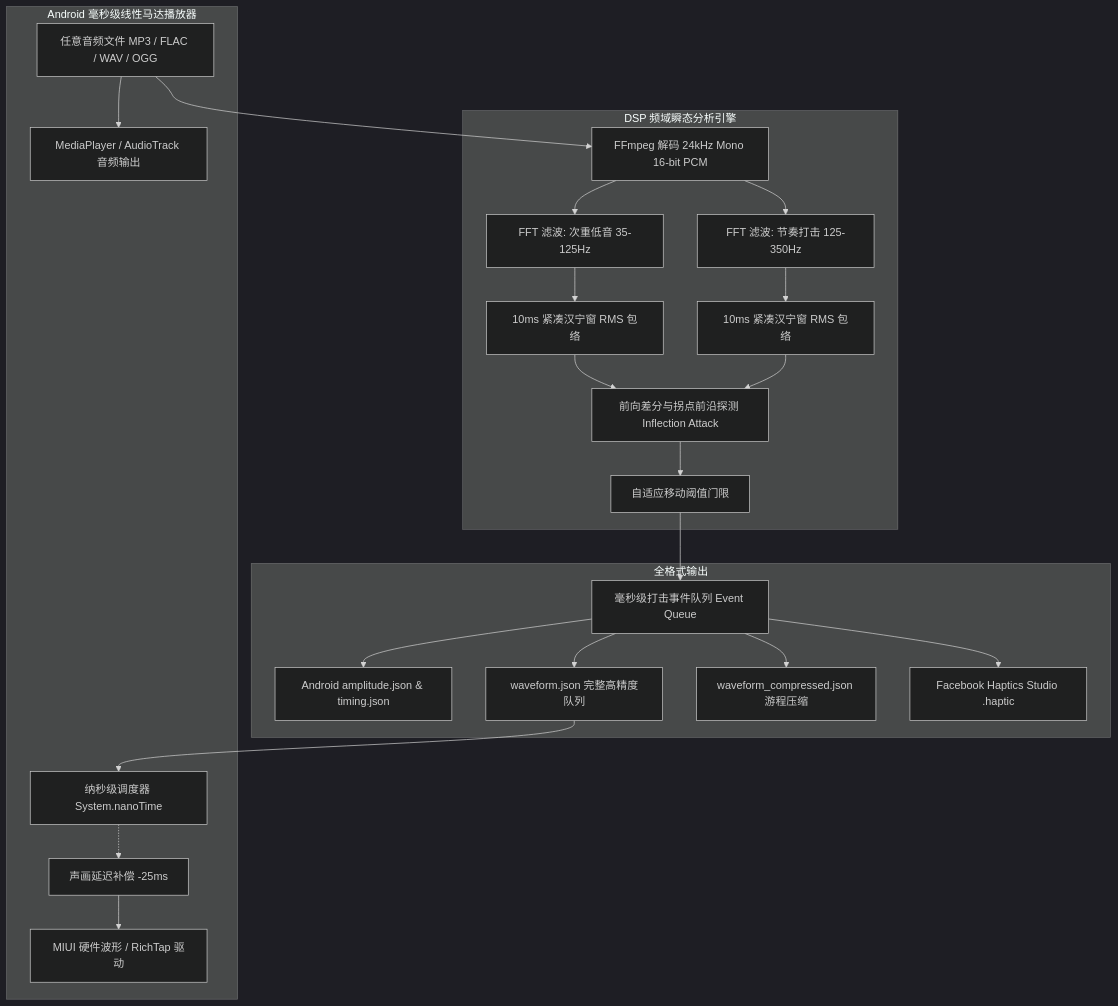
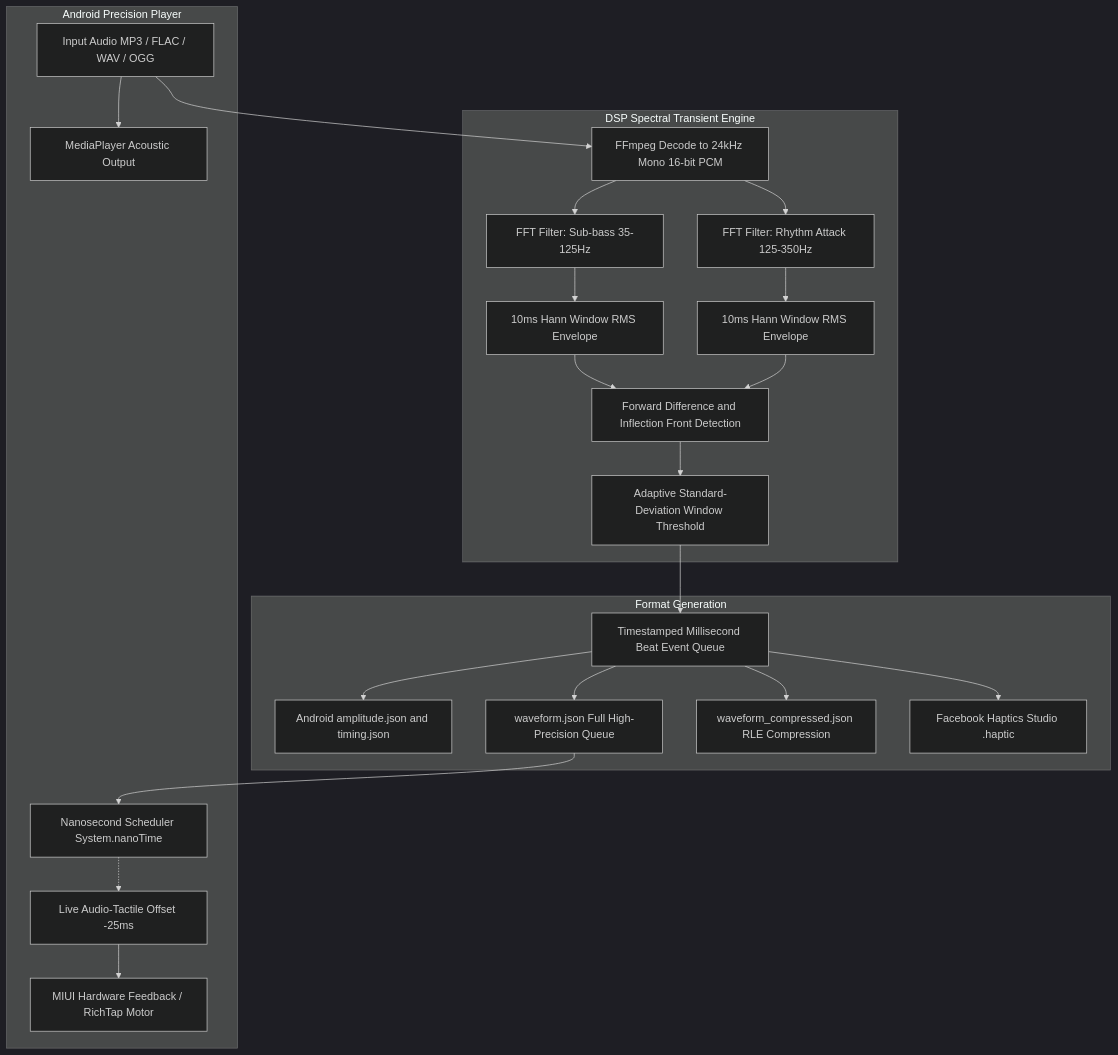
Before and after one commit to mgyanik/Audio-to-MIUIHaptic: the diagram in README.md, drawn with Mermaid (dark theme). The commit also changed other lines of this file and 1 other file, not shown here.

````diff
--- a/README.md
+++ b/README.md
@@ -39,30 +47,30 @@
 ```mermaid
 flowchart TD
-    Audio[任意音频文件 MP3 / FLAC / WAV / OGG] --> FFmpeg[FFmpeg 解码 24kHz Mono 16-bit PCM]
+    Audio[Input Audio MP3 / FLAC / WAV / OGG] --> FFmpeg[FFmpeg Decode to 24kHz Mono 16-bit PCM]
     
-    subgraph DSP Engine [DSP 频域瞬态分析引擎]
-        FFmpeg --> BandpassBass[FFT 滤波: 次重低音 35-125Hz]
-        FFmpeg --> BandpassMid[FFT 滤波: 节奏打击 125-350Hz]
-        BandpassBass --> RMS1[10ms 紧凑汉宁窗 RMS 包络]
-        BandpassMid --> RMS2[10ms 紧凑汉宁窗 RMS 包络]
-        RMS1 --> Diff[前向差分与拐点前沿探测 Inflection Attack]
+    subgraph DSPEngine [DSP Spectral Transient Engine]
+        FFmpeg --> BandpassBass[FFT Filter: Sub-bass 35-125Hz]
+        FFmpeg --> BandpassMid[FFT Filter: Rhythm Attack 125-350Hz]
+        BandpassBass --> RMS1[10ms Hann Window RMS Envelope]
+        BandpassMid --> RMS2[10ms Hann Window RMS Envelope]
+        RMS1 --> Diff[Forward Difference and Inflection Front Detection]
         RMS2 --> Diff
-        Diff --> DynamicThresh[自适应移动阈值门限]
+        Diff --> DynamicThresh[Adaptive Standard-Deviation Window Threshold]
     end
 
-    DynamicThresh --> EventGen[毫秒级打击事件队列 Event Queue]
+    DynamicThresh --> EventGen[Timestamped Millisecond Beat Event Queue]
 
-    subgraph Output Formats [全格式输出]
-        EventGen --> JsonArrays[Android amplitude.json & timing.json]
-        EventGen --> WaveformJson[waveform.json 完整高精度队列]
-        EventGen --> RLECompressed[waveform_compressed.json 游程压缩]
+    subgraph OutputFormats [Format Generation]
+        EventGen --> JsonArrays[Android amplitude.json and timing.json]
+        EventGen --> WaveformJson[waveform.json Full High-Precision Queue]
+        EventGen --> RLECompressed[waveform_compressed.json RLE Compression]
         EventGen --> MetaHaptic[Facebook Haptics Studio .haptic]
     end
 
-    subgraph Android Player [Android 毫秒级线性马达播放器]
-        WaveformJson --> NanoScheduler[纳秒级调度器 System.nanoTime]
-        Audio --> AudioTrack[MediaPlayer / AudioTrack 音频输出]
-        NanoScheduler -.-> LatencyOffset[声画延迟补偿 -25ms]
-        LatencyOffset --> MotorDriver[MIUI 硬件波形 / RichTap 驱动]
+    subgraph AndroidPlayer [Android Precision Player]
+        WaveformJson --> NanoScheduler[Nanosecond Scheduler System.nanoTime]
+        Audio --> AudioTrack[MediaPlayer Acoustic Output]
+        NanoScheduler -.-> LatencyOffset[Live Audio-Tactile Offset -25ms]
+        LatencyOffset --> MotorDriver[MIUI Hardware Feedback / RichTap Motor]
     end
 ```
````
